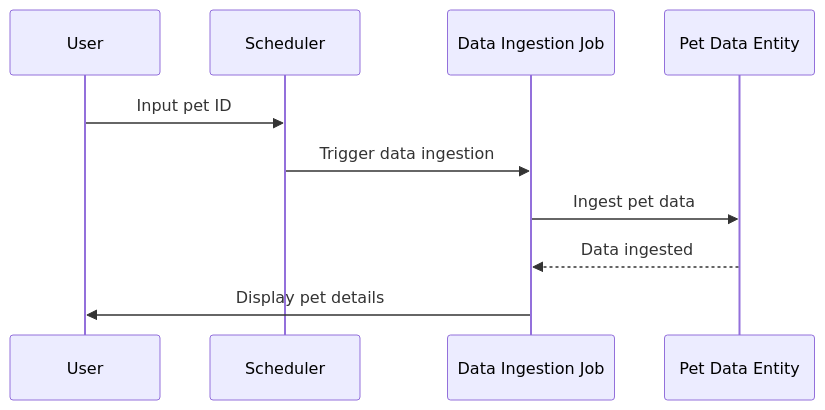
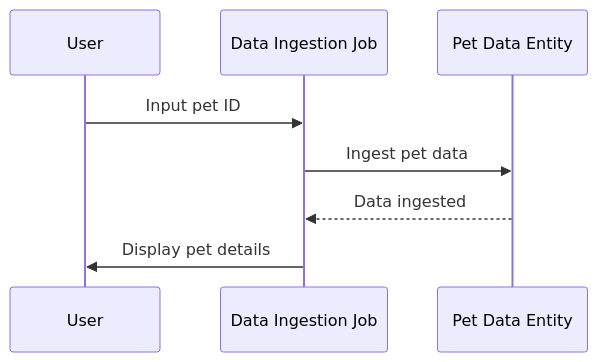
The second of 4 diagrams in entity/app_design_prd.md (Ksenniya/quart-client-template), drawn with Mermaid before and after one commit. The commit also changed other lines of this file, not shown here.

Commit message:
saved entity/app_design_prd.md: 3e2cce9b-dd12-11ef-9f10-40c2ba0ac9eb

````diff
--- a/entity/app_design_prd.md
+++ b/entity/app_design_prd.md
@@ -41,13 +41,11 @@
 ```mermaid
 sequenceDiagram
     participant User
-    participant Scheduler
     participant Data Ingestion Job
     participant Pet Data Entity
 
-    User->>Scheduler: Input pet ID
-    Scheduler->>Data Ingestion Job: Trigger data ingestion
+    User->>Data Ingestion Job: Input pet ID
     Data Ingestion Job->>Pet Data Entity: Ingest pet data
     Pet Data Entity-->>Data Ingestion Job: Data ingested
     Data Ingestion Job->>User: Display pet details
 ```
````
